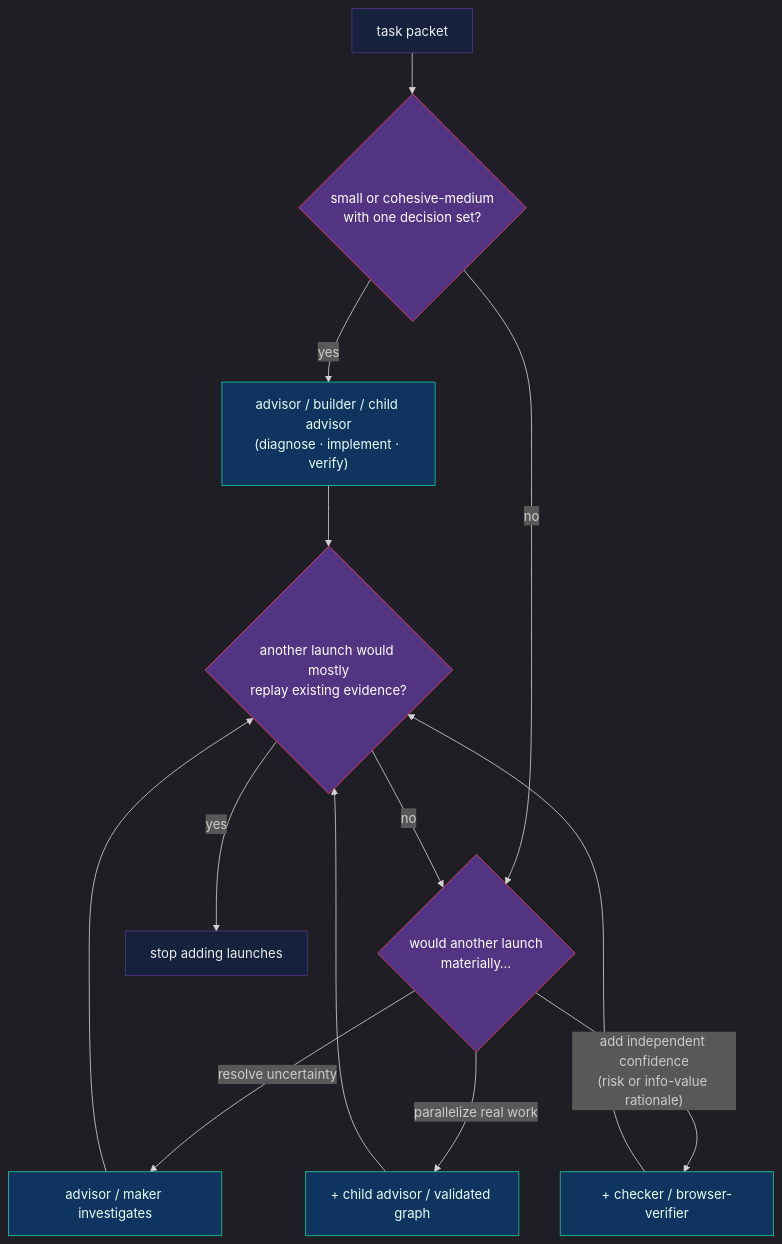
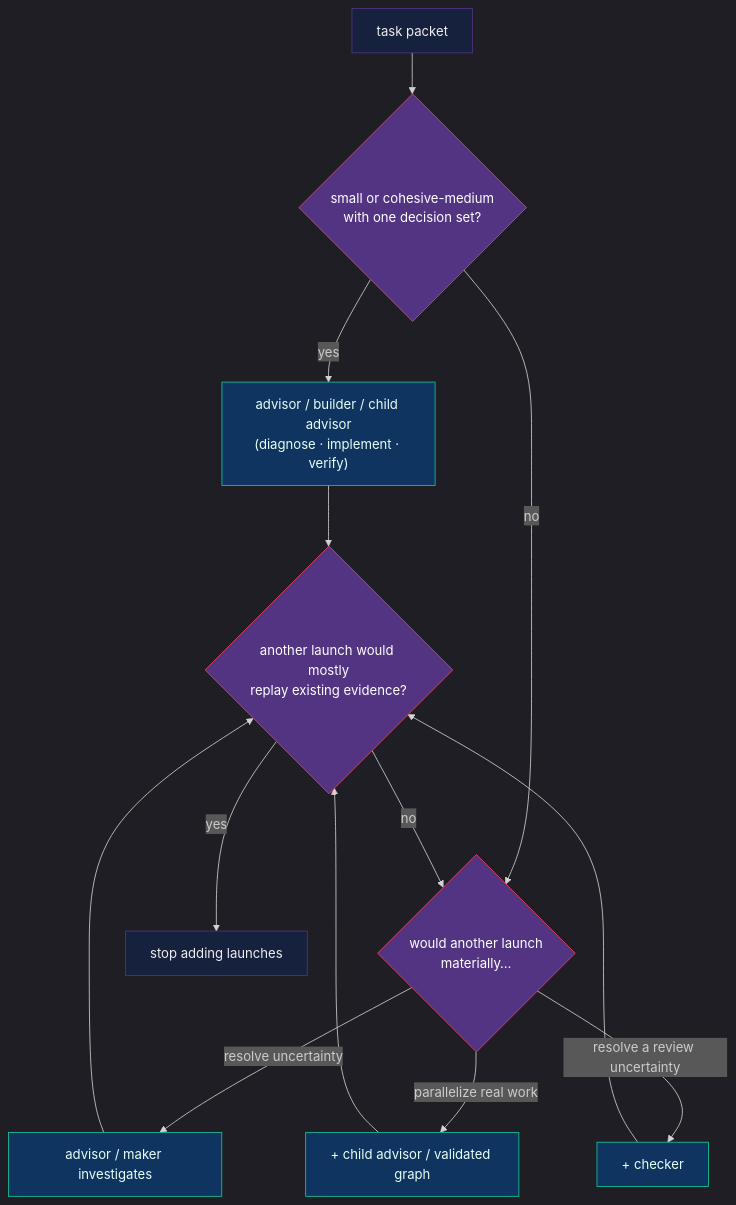
The diagram in docs/advisor-runtime.md (nourhelmi/pi-meta-harness), drawn with Mermaid before and after one commit. The commit also changed other lines of this file and 42 other files, not shown here.

````diff
--- a/docs/advisor-runtime.md
+++ b/docs/advisor-runtime.md
@@ -86,26 +86,26 @@
 ```mermaid
 ---
 config:
   theme: dark
 ---
 flowchart TD
   Task["task packet"] --> Q{"small or cohesive-medium\nwith one decision set?"}
   Q -->|yes| Maker["advisor / builder / child advisor\n(diagnose · implement · verify)"]
   Q -->|no| Gate{"would another launch\nmaterially…"}
   Gate -->|"resolve uncertainty"| Investigate["advisor / maker investigates"]
   Gate -->|"parallelize real work"| Graph["+ child advisor / validated graph"]
-  Gate -->|"add independent confidence\n(risk or info-value rationale)"| Check["+ checker / browser-verifier"]
+  Gate -->|"resolve a review uncertainty"| Check["+ checker"]
   Investigate --> Stop
   Graph --> Stop
   Check --> Stop
   Maker --> Stop{"another launch would mostly\nreplay existing evidence?"}
   Stop -->|yes| Done["stop adding launches"]
   Stop -->|no| Gate
 
   classDef q fill:#533483,stroke:#e94560,color:#fff
   classDef w fill:#0f3460,stroke:#16c79a,color:#e8fff7
   classDef t fill:#16213e,stroke:#533483,color:#eee
   class Q,Gate,Stop q
   class Maker,Investigate,Graph,Check w
   class Task,Done t
 ```
````
